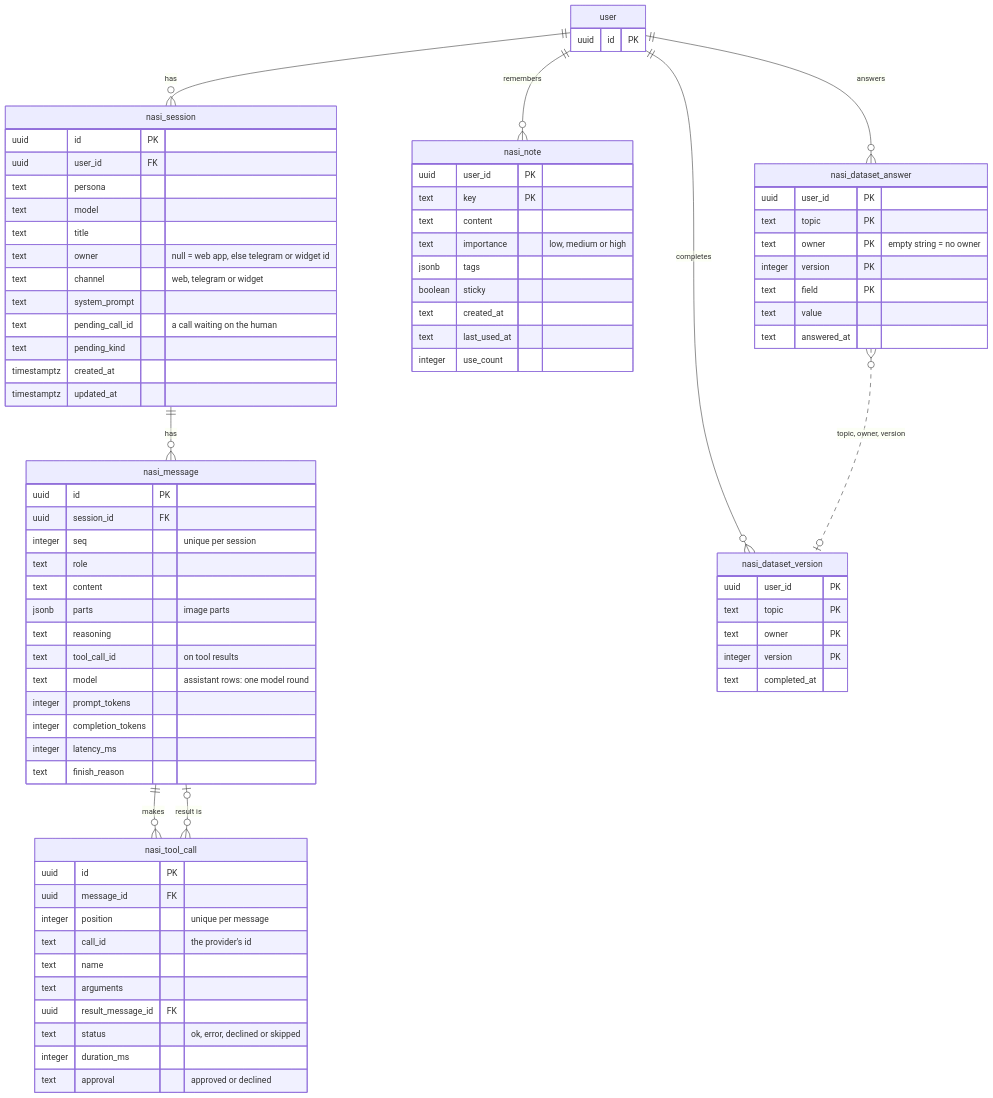
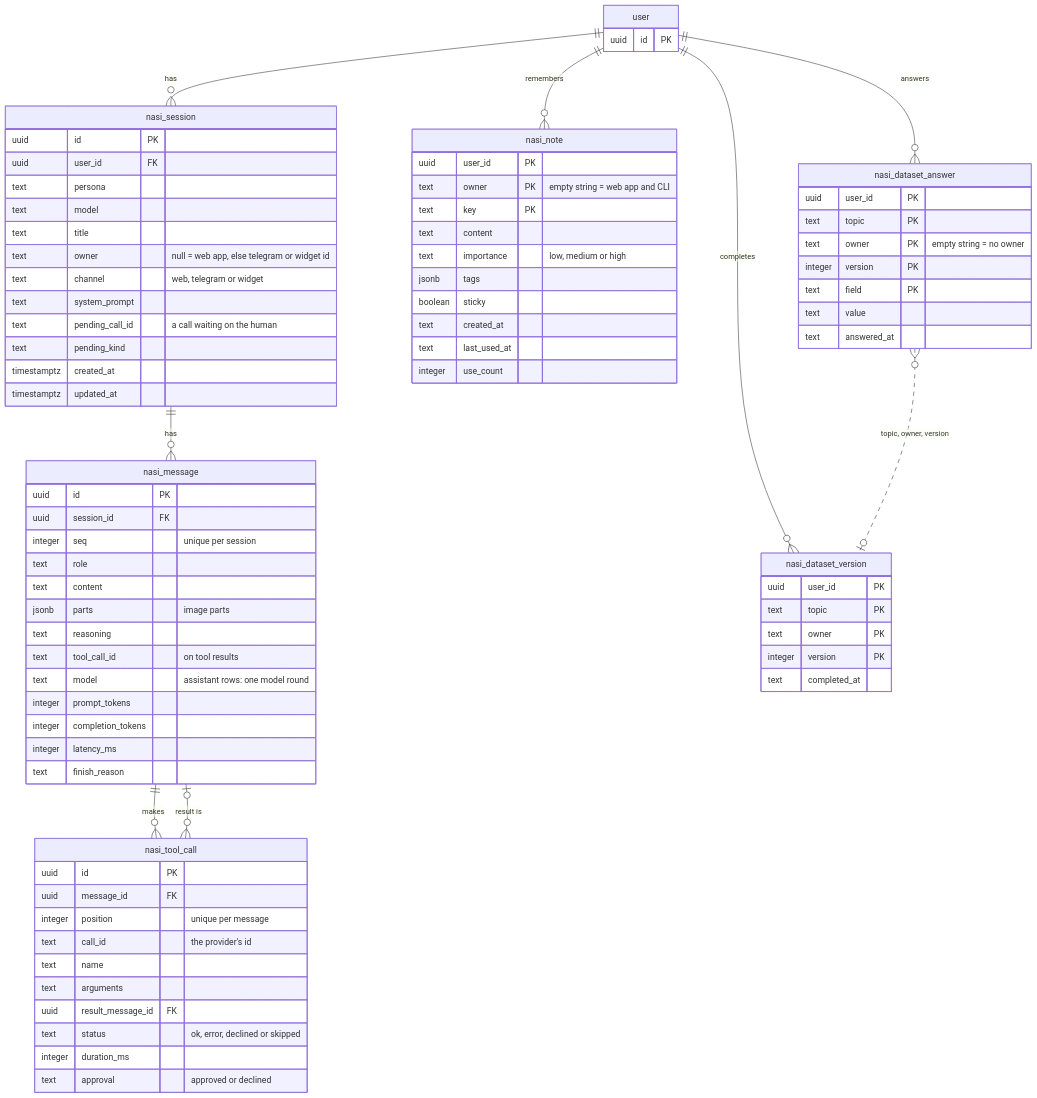
Before and after one commit to SubZtep/kaja: the fourth of 4 diagrams in docs/development/database.md, drawn with Mermaid. The commit also changed other lines of this file and 9 other files, not shown here.

```diff
--- a/docs/development/database.md
+++ b/docs/development/database.md
@@ -290,6 +290,7 @@
 
   nasi_note {
     uuid user_id PK
+    text owner PK "empty string = web app and CLI"
     text key PK
     text content
     text importance "low, medium or high"
```
